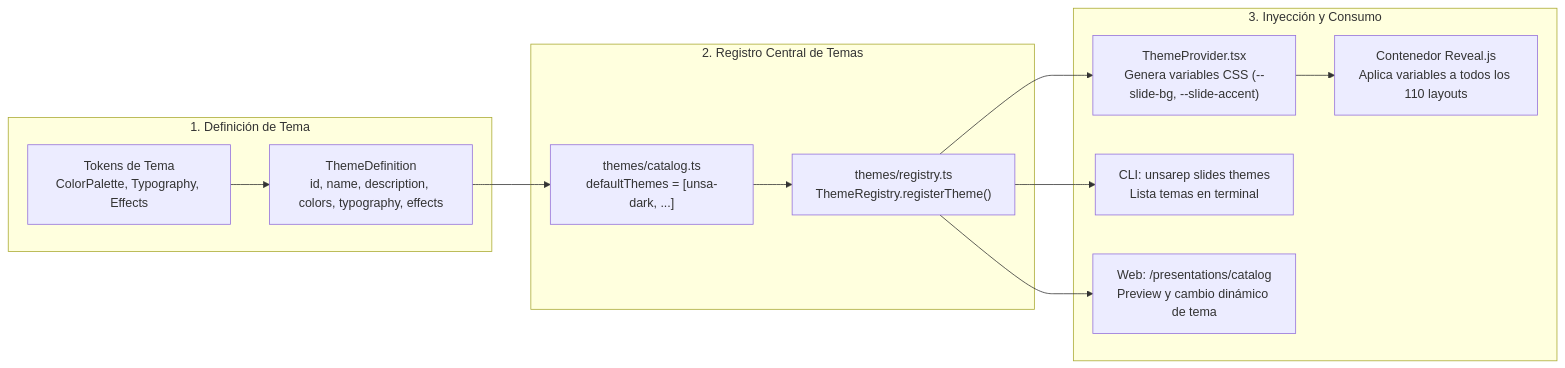
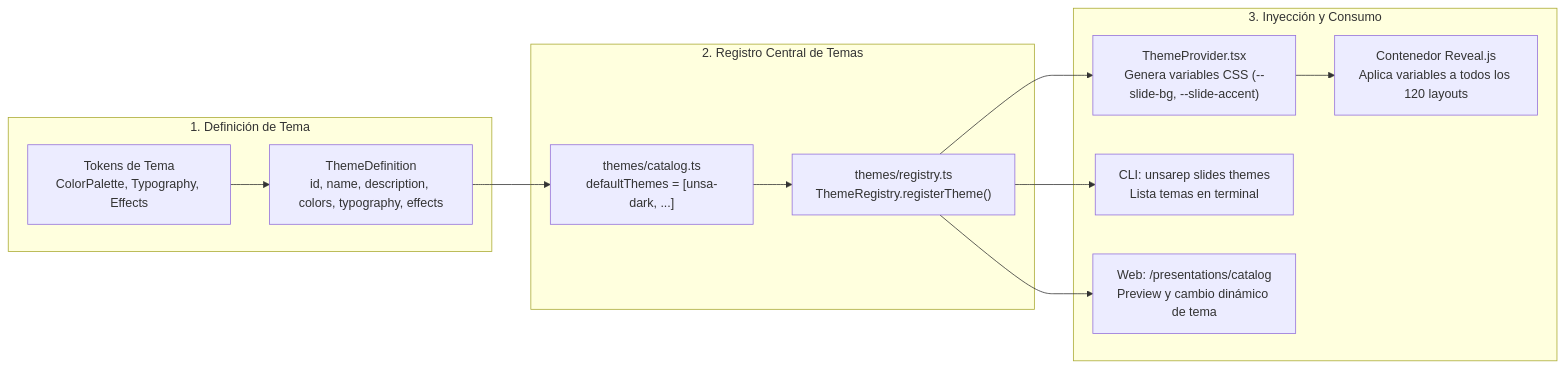
One commit to UNSAReport/UNSAReport2 changed the fourth of 6 diagrams in docs/slides.md. Above: the diagram before and after it, drawn with Mermaid. The commit also changed other lines of this file and 28 other files, not shown here.

````diff
--- a/docs/slides.md
+++ b/docs/slides.md
@@ -176,27 +176,27 @@
 ```mermaid
 flowchart LR
     subgraph DefTheme["1. Definición de Tema"]
         Tokens["Tokens de Tema<br/>ColorPalette, Typography, Effects"]
         ThemeMeta["ThemeDefinition<br/>id, name, description, colors, typography, effects"]
         Tokens --> ThemeMeta
     end
 
     subgraph RegTheme["2. Registro Central de Temas"]
         TCatalog["themes/catalog.ts<br/>defaultThemes = [unsa-dark, ...]"]
         TRegistry["themes/registry.ts<br/>ThemeRegistry.registerTheme()"]
         ThemeMeta --> TCatalog
         TCatalog --> TRegistry
     end
 
     subgraph Inyeccion["3. Inyección y Consumo"]
         TProvider["ThemeProvider.tsx<br/>Genera variables CSS (--slide-bg, --slide-accent)"]
         CLIT["CLI: unsarep slides themes<br/>Lista temas en terminal"]
         WebTheme["Web: /presentations/catalog<br/>Preview y cambio dinámico de tema"]
-        Reveal["Contenedor Reveal.js<br/>Aplica variables a todos los 110 layouts"]
+        Reveal["Contenedor Reveal.js<br/>Aplica variables a todos los 120 layouts"]
 
         TRegistry --> TProvider
         TRegistry --> CLIT
         TRegistry --> WebTheme
         TProvider --> Reveal
     end
 ```
````
